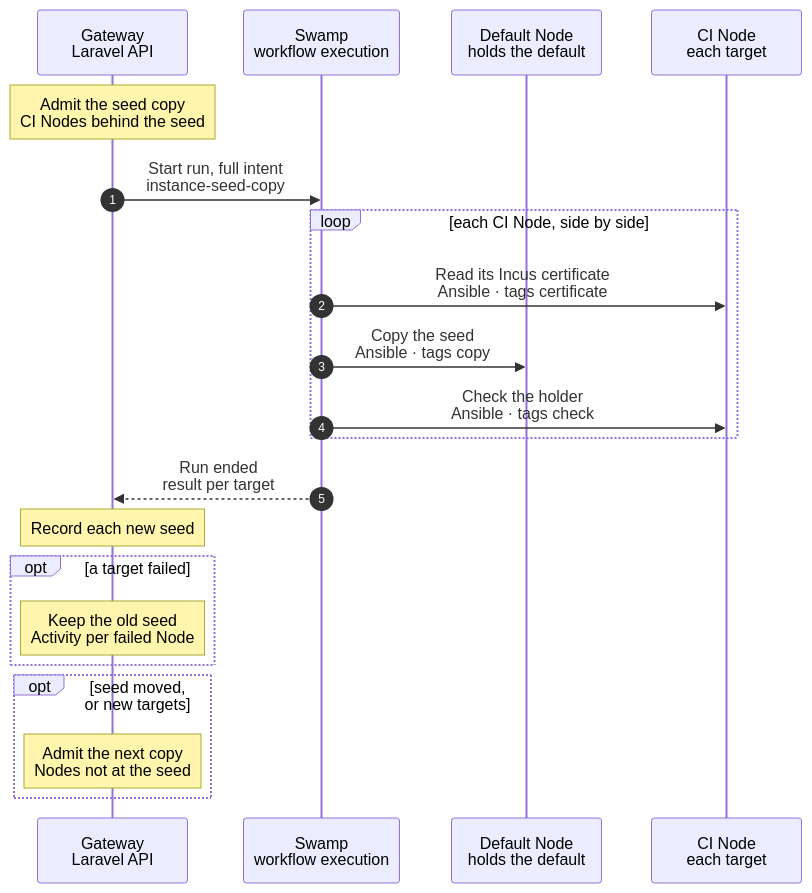
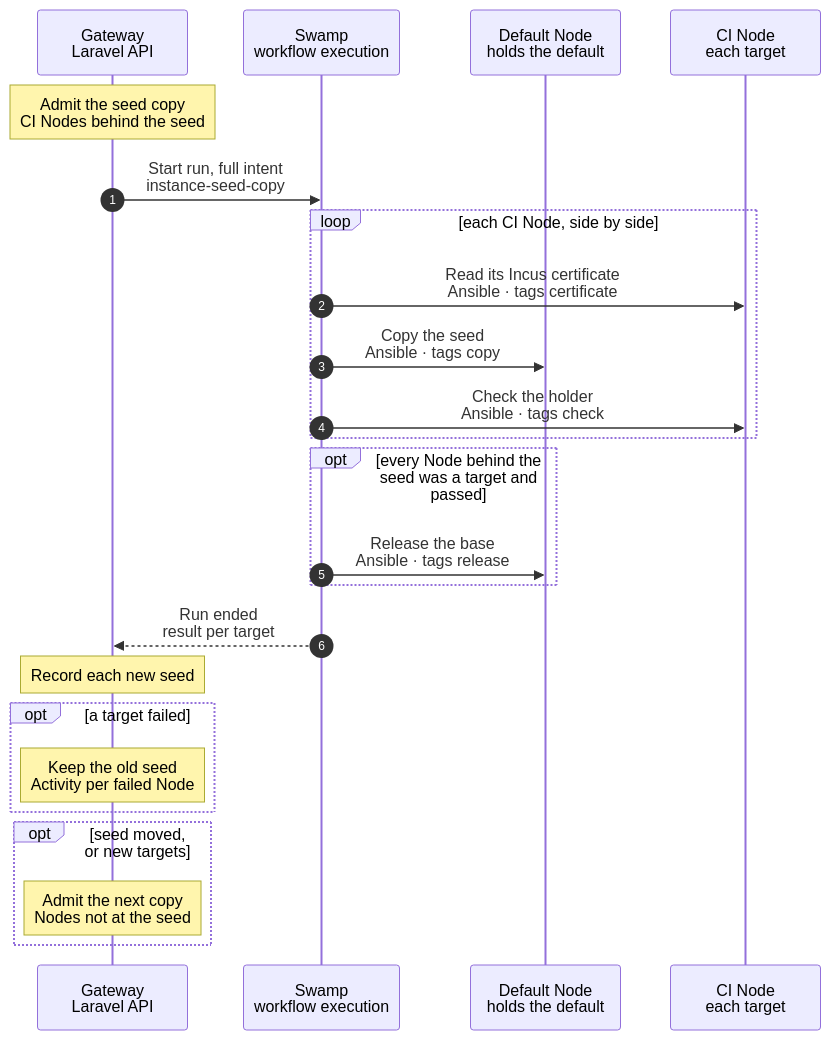
The diagram in docs/cli/instance/seed-copy.mmd (hardimpactdev/orbit), drawn with Mermaid before and after one commit. The commit also changed 2 other files, not shown here.

Commit message:
Docs: the proof default keeps one base seed so seed copies to CI Nodes are incremental
The retake keeps the previous seed pair as base-<commit> while a ready CI
Node records it; the copy names the holder's pair the same way so
incus copy --refresh shares a snapshot; a copy to every Node behind the
seed releases the base when all pass.

```diff
--- a/docs/cli/instance/seed-copy.mmd
+++ b/docs/cli/instance/seed-copy.mmd
@@ -1,78 +1,90 @@
 sequenceDiagram
   %% Target design, ADR 0260 build step 4 (docs/reference/development-containers.md#the-seed-on-each-ci-node): each Node that offers proof places, other than the default's own Node, keeps its own seed of the proof Project's default. One run per seed of the default sends the seed to every CI Node whose seed is behind; each target may fail alone.
   %% Decided by the main orchestrator (2026-11-16): Incus moves the seed, `incus copy --refresh --mode=push` from the default's Node to each CI Node over WireGuard. Push mode needs a listener on the target only, so the default's Node gets a client remote and no daemon change. Each CI Node listens on its WireGuard address and trusts the default Node's client certificate for `orbit-instances-nested` only (docs/reference/node-provisioning.md#the-seed-listener). `--refresh` sends only the snapshots that changed. Rejected: one seed that every copy fetches over the network at its start (ADR 0260), a seed Instance per CI Node that refreshes its own fleet, and a ZFS stream through the Swamp worker with bookmarks of Orbit's own.
   %% status: draft
   %% command: none · after the proof default records a seed, or a CI Node's ci-runner add or converge passes
   %% kind: instance.seed_copy
   autonumber
   %% lane GW icon=gateway pill=intent tone=blue
   %% lane SW icon=workflow pill=executes tone=green
   %% lane N icon=server pill=target tone=amber
   %% lane C icon=server pill=target tone=purple
   participant GW as Gateway<br/>Laravel API
   participant SW as Swamp<br/>workflow execution
   participant N as Default Node<br/>holds the default
   participant C as CI Node<br/>each target
   Note over GW: Admit the seed copy<br/>CI Nodes behind the seed
   %%> Started by:
   %%> - the proof default records a new seed: the refresh after a release, or an `instance:deploy` of the default
   %%> - a `ci-runner` add or converge of a Node that offers proof places passes
   %%> - a seed copy ends, only when the default's seed moved during it (all Nodes behind the new seed), or for Nodes that no seed copy has tried at the same seed (a Node that became a target while the copy held the lock)
   %%> Never started by:
   %%> - the end of a copy for a Node that any seed copy has tried at the same seed: it waits for the next seed or for its own `ci-runner` converge, so lasting failures do not repeat, also not two Nodes for each other
   %%> Requirements:
   %%> - the proof Project's default is active and has a seed; a seed is its commit and the time the default took it
   %%> - targets: every Node that offers proof places (`ci-runner`, CI places, with or without `app-dev`), other than the default's Node, whose recorded seed is not that seed (docs/reference/node-provisioning.md#proof-copies-on-a-ci-node), and whose seed listener is ready: its `nodes.seed_sender_id` names the default's Node; with none, nothing is admitted
   %%> - every run that changes the listener records `seed_sender_id` by one rule: a `ci-runner` add, role converge or removal, and a `node:converge` with the role; a passed add or role converge sets the sender, a `node:converge` whose roles phase passed keeps only the sender it already names, and any other end clears it (docs/reference/node-provisioning.md#the-seed-listener)
   %%> - when the default moves to another Node, no CI Node is a target until its `ci-runner` role is converged again
   %%> Not a target:
   %%> - a Node whose listener is not ready: no copy fails on it and no copy marks it tried; its next passed `ci-runner` converge makes it a target
   %%> - one copy at a time: an open copy holds the default's seed-copy lock, `operation.target_busy`
   %%> Result:
-  %%> - a task is recorded with the full intent: the default's Node, container and inner volume, and per target its Node and WireGuard address
+  %%> - a task is recorded with the full intent: the default's Node, container and inner volume, per target its Node and WireGuard address, and `release_base` when the run's targets are all the Nodes behind the seed
   GW->>SW: Start run, full intent<br/>instance-seed-copy
   loop each CI Node, side by side
     SW->>C: Read its Incus certificate<br/>Ansible · tags certificate
     %%> What it does:
     %%> - reads the Incus server certificate of the CI Node and checks that the Node listens on its WireGuard address
     %%> On failure:
     %%> - no listener: this target fails; a `ci-runner` converge of the Node adds the listener and the trust
     SW->>N: Copy the seed<br/>Ansible · tags copy
     %%> What it does:
     %%> - adds the client remote `proof-node-ID` of root when it is missing, and refuses when the certificate that root's client stored for it is not the one read on the CI Node
-    %%> - `incus copy DEFAULT proof-node-ID:proof-seed --refresh --mode=push` in `orbit-instances-nested`, then `incus storage volume copy` of the inner volume to `proof-seed-inner` with the same flags
+    %%> - names the base: when the default holds a `base-COMMIT` pair and the holder holds `seed-COMMIT`, renames the holder's pair to `base-COMMIT` through the remote; a rename keeps the creation time, so both sides share that snapshot
+    %%> - `incus storage volume copy` of the inner volume to `proof-seed-inner` with `--refresh --mode=push`, then `incus copy DEFAULT proof-node-ID:proof-seed` with the same flags, in `orbit-instances-nested`
     %%> Why push:
     %%> - the source server sends the data and only the target listens, so the default's Node needs no listener and no daemon change
     %%> Why refresh:
-    %%> - Incus compares the snapshots on both sides and sends only the newer ones; the holder gets `seed-COMMIT` natively; the first copy to a Node sends the whole pair
+    %%> - Incus compares the snapshots on both sides by name and creation time and sends only the newer ones, from the newest shared one; the holder gets `seed-COMMIT` natively; the first copy to a Node sends the whole pair
+    %%> Why a base:
+    %%> - a retake deletes or renames the old `seed-COMMIT`, so without the default's `base-COMMIT` no snapshot is shared and the refresh sends the whole pair; the retake keeps it while a ready CI Node records that seed (`ProofSeeds`)
     %%> Why the whole instance:
     %%> - a snapshot source carries no snapshots, so a refresh from it could not find a common one
     %%> On failure:
     %%> - this target fails with `instance.seed_copy_failed`; the other targets go on
     SW->>C: Check the holder<br/>Ansible · tags check
     %%> What it does:
     %%> - the holder `proof-seed` has the snapshot `seed-COMMIT` that the run was admitted for, and its volume has the snapshot of the same name
     %%> - the holder's config and devices match the default's, as the start guard checks them; the volume has exactly the inner volume's keys
+  end
+  opt every Node behind the seed was a target and passed
+    SW->>N: Release the base<br/>Ansible · tags release
+    %%> When:
+    %%> - the intent's `release_base`: the run's targets are all the Nodes behind the default's seed (`ProofSeeds`); every target passed; the default still holds the snapshot the run was admitted for
+    %%> What it does:
+    %%> - deletes every `base-` pair of the default; the holders drop it at their next refresh
+    %%> On failure:
+    %%> - no target's result changes; the next retake deletes the base
   end
   SW-->>GW: Run ended<br/>result per target
   %%> How the Gateway learns it:
   %%> - its shared run reader sees the terminal event; Swamp never calls the Gateway
   Note over GW: Record each new seed
   %%> Result:
   %%> - each Node whose target passed records the seed it was admitted for: its commit and its time; it offers proof places again
   %%> - a proof copy on that Node clones `proof-seed/seed-COMMIT` with the clone step of every copy
   opt a target failed
     Note over GW: Keep the old seed<br/>Activity per failed Node
     %%> Result:
     %%> - the failed Node keeps its recorded seed and offers no proof places until a copy passes; copies made earlier keep running
     %%> - the Activity row `instance.seed_copy_failed` names the Node, the Operation and the detail
     %%> - the release and the default are unchanged; the next seed or the Node's own `ci-runner` converge copies again, and a rerun is safe
   end
   opt seed moved, or new targets
     Note over GW: Admit the next copy<br/>Nodes not at the seed
     %%> When:
     %%> - the default took a newer seed while the copy ran: every Node behind it is a target
     %%> - the seed is the same, and a Node that no seed copy has tried at this seed is behind it: only such Nodes are targets; the Gateway reads which Nodes were tried from the targets of the recorded `instance.seed_copy` Operations of that seed
     %%> Not:
     %%> - for a Node that failed at the same seed
   end
```
